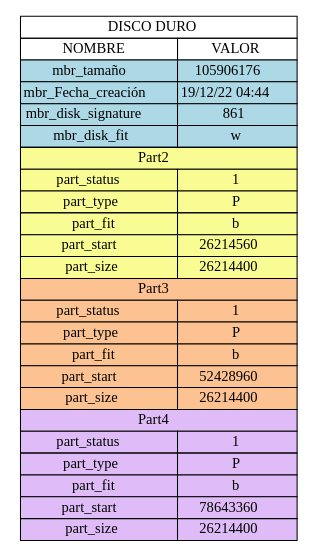
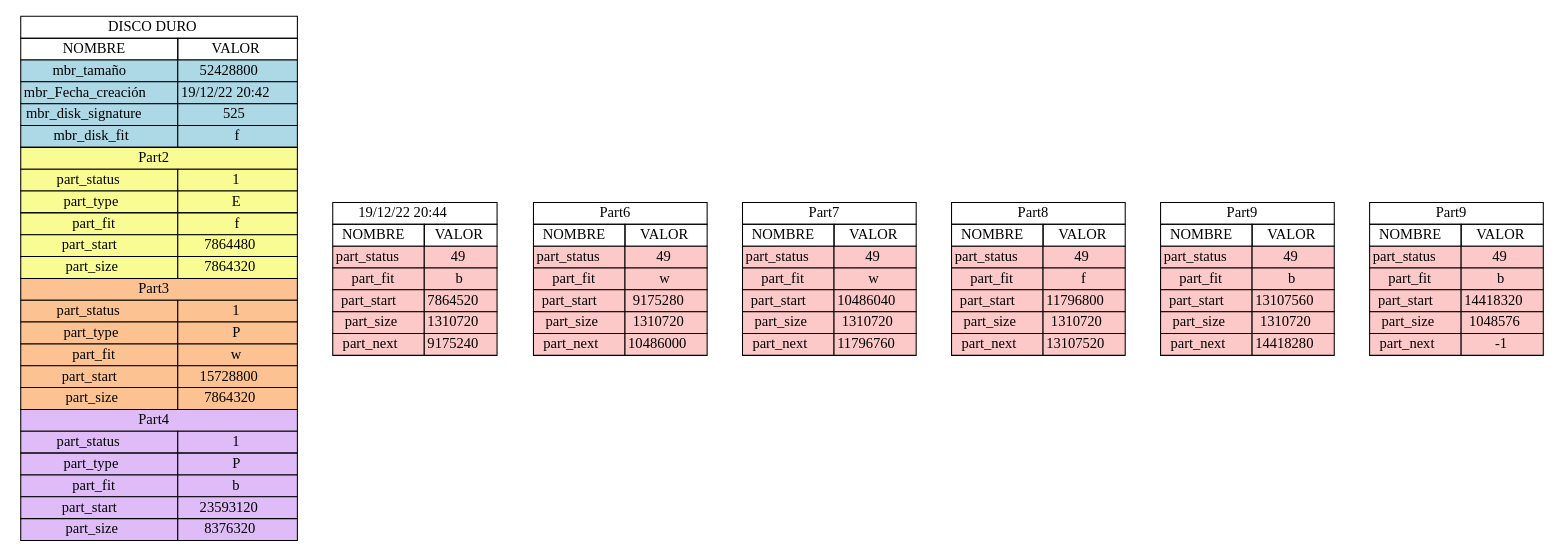
The diagram in MasterBootRecord_report.dot (elderpum/MIA_Proyecto1_Vacaciones2022), drawn with Graphviz before and after one commit. The commit also changed 16 other files, not shown here.

```diff
--- a/MasterBootRecord_report.dot
+++ b/MasterBootRecord_report.dot
@@ -1,33 +1,111 @@
 digraph {
 tbl[
 shape=plaintext
  label =<
 <table border='0' cellborder='1' cellspacing='0'>
 <tr><td colspan="3">DISCO DURO</td></tr>
 <th><td>NOMBRE</td><td>VALOR</td></th>
-<tr><td bgcolor="lightblue">mbr_tamaño</td><td bgcolor="lightblue">105906176</td></tr>
-<tr><td bgcolor="lightblue">mbr_Fecha_creación</td><td bgcolor="lightblue">19/12/22 04:44</td></tr>
-<tr><td bgcolor="lightblue">mbr_disk_signature</td><td bgcolor="lightblue">861</td></tr>
-<tr><td bgcolor="lightblue">mbr_disk_fit</td><td bgcolor="lightblue">w</td></tr>
+<tr><td bgcolor="lightblue">mbr_tamaño</td><td bgcolor="lightblue">52428800</td></tr>
+<tr><td bgcolor="lightblue">mbr_Fecha_creación</td><td bgcolor="lightblue">19/12/22 20:42</td></tr>
+<tr><td bgcolor="lightblue">mbr_disk_signature</td><td bgcolor="lightblue">525</td></tr>
+<tr><td bgcolor="lightblue">mbr_disk_fit</td><td bgcolor="lightblue">f</td></tr>
 <tr><td colspan="2" bgcolor="#f8fc92">Part2</td></tr>
 <tr><td bgcolor="#f8fc92">part_status</td><td bgcolor="#f8fc92">1</td></tr>
-<tr><td bgcolor="#f8fc92">part_type</td><td bgcolor="#f8fc92">P</td></tr>
-<tr><td bgcolor="#f8fc92">part_fit</td><td bgcolor="#f8fc92">b</td></tr>
-<tr><td bgcolor="#f8fc92">part_start</td><td bgcolor="#f8fc92">26214560</td></tr>
-<tr><td bgcolor="#f8fc92">part_size</td><td bgcolor="#f8fc92">26214400</td></tr>
+<tr><td bgcolor="#f8fc92">part_type</td><td bgcolor="#f8fc92">E</td></tr>
+<tr><td bgcolor="#f8fc92">part_fit</td><td bgcolor="#f8fc92">f</td></tr>
+<tr><td bgcolor="#f8fc92">part_start</td><td bgcolor="#f8fc92">7864480</td></tr>
+<tr><td bgcolor="#f8fc92">part_size</td><td bgcolor="#f8fc92">7864320</td></tr>
 <tr><td colspan="2" bgcolor="#fcc292">Part3</td></tr>
 <tr><td bgcolor="#fcc292">part_status</td><td bgcolor="#fcc292">1</td></tr>
 <tr><td bgcolor="#fcc292">part_type</td><td bgcolor="#fcc292">P</td></tr>
-<tr><td bgcolor="#fcc292">part_fit</td><td bgcolor="#fcc292">b</td></tr>
-<tr><td bgcolor="#fcc292">part_start</td><td bgcolor="#fcc292">52428960</td></tr>
-<tr><td bgcolor="#fcc292">part_size</td><td bgcolor="#fcc292">26214400</td></tr>
+<tr><td bgcolor="#fcc292">part_fit</td><td bgcolor="#fcc292">w</td></tr>
+<tr><td bgcolor="#fcc292">part_start</td><td bgcolor="#fcc292">15728800</td></tr>
+<tr><td bgcolor="#fcc292">part_size</td><td bgcolor="#fcc292">7864320</td></tr>
 <tr><td colspan="2" bgcolor="#dfbcf7">Part4</td></tr>
 <tr><td bgcolor="#dfbcf7">part_status</td><td bgcolor="#dfbcf7">1</td></tr>
 <tr><td bgcolor="#dfbcf7">part_type</td><td bgcolor="#dfbcf7">P</td></tr>
 <tr><td bgcolor="#dfbcf7">part_fit</td><td bgcolor="#dfbcf7">b</td></tr>
-<tr><td bgcolor="#dfbcf7">part_start</td><td bgcolor="#dfbcf7">78643360</td></tr>
-<tr><td bgcolor="#dfbcf7">part_size</td><td bgcolor="#dfbcf7">26214400</td></tr>
+<tr><td bgcolor="#dfbcf7">part_start</td><td bgcolor="#dfbcf7">23593120</td></tr>
+<tr><td bgcolor="#dfbcf7">part_size</td><td bgcolor="#dfbcf7">8376320</td></tr>
 </table>
 >];
 
+tbl1 [
+shape=plaintext
+ label=<
+<table border='0' cellborder='1' cellspacing='0'>
+<tr><td colspan="3">19/12/22 20:44</td></tr>
+<th><td>NOMBRE</td><td>VALOR</td></th>
+<tr><td bgcolor="#fcc8c8">part_status</td><td bgcolor="#fcc8c8">49</td></tr>
+<tr><td bgcolor="#fcc8c8">part_fit</td><td bgcolor="#fcc8c8">b</td></tr>
+<tr><td bgcolor="#fcc8c8">part_start</td><td bgcolor="#fcc8c8">7864520</td></tr>
+<tr><td bgcolor="#fcc8c8">part_size</td><td bgcolor="#fcc8c8">1310720</td></tr>
+<tr><td bgcolor="#fcc8c8">part_next</td><td bgcolor="#fcc8c8">9175240</td></tr>
+</table>
+>];
+tbl2 [
+shape=plaintext
+ label=<
+<table border='0' cellborder='1' cellspacing='0'>
+<tr><td colspan="3">Part6</td></tr>
+<th><td>NOMBRE</td><td>VALOR</td></th>
+<tr><td bgcolor="#fcc8c8">part_status</td><td bgcolor="#fcc8c8">49</td></tr>
+<tr><td bgcolor="#fcc8c8">part_fit</td><td bgcolor="#fcc8c8">w</td></tr>
+<tr><td bgcolor="#fcc8c8">part_start</td><td bgcolor="#fcc8c8">9175280</td></tr>
+<tr><td bgcolor="#fcc8c8">part_size</td><td bgcolor="#fcc8c8">1310720</td></tr>
+<tr><td bgcolor="#fcc8c8">part_next</td><td bgcolor="#fcc8c8">10486000</td></tr>
+</table>
+>];
+tbl3 [
+shape=plaintext
+ label=<
+<table border='0' cellborder='1' cellspacing='0'>
+<tr><td colspan="3">Part7</td></tr>
+<th><td>NOMBRE</td><td>VALOR</td></th>
+<tr><td bgcolor="#fcc8c8">part_status</td><td bgcolor="#fcc8c8">49</td></tr>
+<tr><td bgcolor="#fcc8c8">part_fit</td><td bgcolor="#fcc8c8">w</td></tr>
+<tr><td bgcolor="#fcc8c8">part_start</td><td bgcolor="#fcc8c8">10486040</td></tr>
+<tr><td bgcolor="#fcc8c8">part_size</td><td bgcolor="#fcc8c8">1310720</td></tr>
+<tr><td bgcolor="#fcc8c8">part_next</td><td bgcolor="#fcc8c8">11796760</td></tr>
+</table>
+>];
+tbl4 [
+shape=plaintext
+ label=<
+<table border='0' cellborder='1' cellspacing='0'>
+<tr><td colspan="3">Part8</td></tr>
+<th><td>NOMBRE</td><td>VALOR</td></th>
+<tr><td bgcolor="#fcc8c8">part_status</td><td bgcolor="#fcc8c8">49</td></tr>
+<tr><td bgcolor="#fcc8c8">part_fit</td><td bgcolor="#fcc8c8">f</td></tr>
+<tr><td bgcolor="#fcc8c8">part_start</td><td bgcolor="#fcc8c8">11796800</td></tr>
+<tr><td bgcolor="#fcc8c8">part_size</td><td bgcolor="#fcc8c8">1310720</td></tr>
+<tr><td bgcolor="#fcc8c8">part_next</td><td bgcolor="#fcc8c8">13107520</td></tr>
+</table>
+>];
+tbl5 [
+shape=plaintext
+ label=<
+<table border='0' cellborder='1' cellspacing='0'>
+<tr><td colspan="3">Part9</td></tr>
+<th><td>NOMBRE</td><td>VALOR</td></th>
+<tr><td bgcolor="#fcc8c8">part_status</td><td bgcolor="#fcc8c8">49</td></tr>
+<tr><td bgcolor="#fcc8c8">part_fit</td><td bgcolor="#fcc8c8">b</td></tr>
+<tr><td bgcolor="#fcc8c8">part_start</td><td bgcolor="#fcc8c8">13107560</td></tr>
+<tr><td bgcolor="#fcc8c8">part_size</td><td bgcolor="#fcc8c8">1310720</td></tr>
+<tr><td bgcolor="#fcc8c8">part_next</td><td bgcolor="#fcc8c8">14418280</td></tr>
+</table>
+>];
+tbl6 [
+shape=plaintext
+ label=<
+<table border='0' cellborder='1' cellspacing='0'>
+<tr><td colspan="3">Part9</td></tr>
+<th><td>NOMBRE</td><td>VALOR</td></th>
+<tr><td bgcolor="#fcc8c8">part_status</td><td bgcolor="#fcc8c8">49</td></tr>
+<tr><td bgcolor="#fcc8c8">part_fit</td><td bgcolor="#fcc8c8">b</td></tr>
+<tr><td bgcolor="#fcc8c8">part_start</td><td bgcolor="#fcc8c8">14418320</td></tr>
+<tr><td bgcolor="#fcc8c8">part_size</td><td bgcolor="#fcc8c8">1048576</td></tr>
+<tr><td bgcolor="#fcc8c8">part_next</td><td bgcolor="#fcc8c8">-1</td></tr>
+</table>
+>];
 }
```
